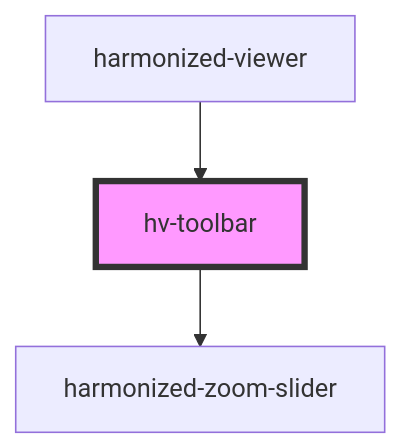
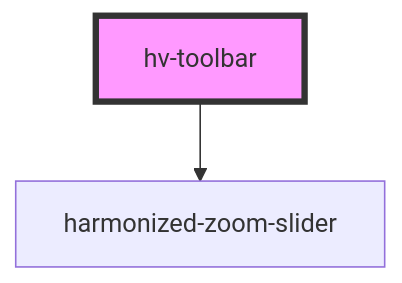
One commit to bac-lac/lac-harmonized-viewer changed the diagram in src/components/toolbar/readme.md. Above: the diagram before and after it, drawn with Mermaid. The commit also changed other lines of this file and 19 other files, not shown here.

````diff
--- a/src/components/toolbar/readme.md
+++ b/src/components/toolbar/readme.md
@@ -19,6 +15,5 @@
 ```mermaid
 graph TD;
   hv-toolbar --> harmonized-zoom-slider
-  harmonized-viewer --> hv-toolbar
   style hv-toolbar fill:#f9f,stroke:#333,stroke-width:4px
 ```
````
